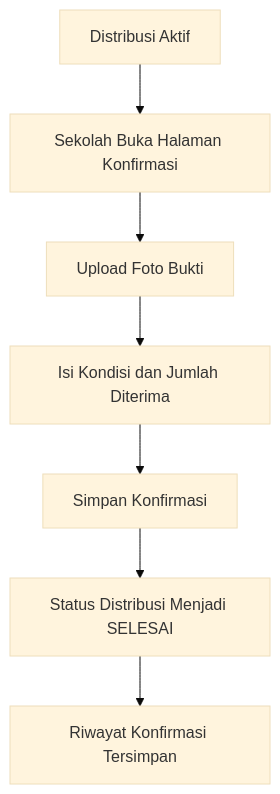
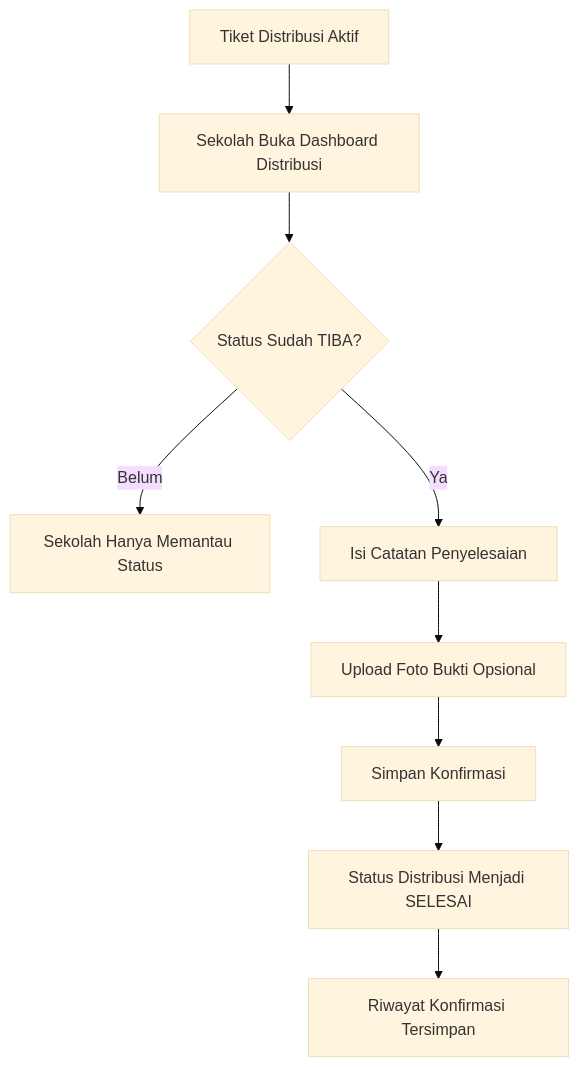
One commit to kaharmc226/Admin-MasBahlilGanteng changed the third of 3 diagrams in project-documentation/03-flowmap.md. Above: the diagram before and after it, drawn with Mermaid (base theme). The commit also changed other lines of this file and 8 other files, not shown here.

````diff
--- a/project-documentation/03-flowmap.md
+++ b/project-documentation/03-flowmap.md
@@ -44,9 +45,11 @@
 ```mermaid
 flowchart TD
-    A[Distribusi Aktif] --> B[Sekolah Buka Halaman Konfirmasi]
-    B --> C[Upload Foto Bukti]
-    C --> D[Isi Kondisi dan Jumlah Diterima]
-    D --> E[Simpan Konfirmasi]
-    E --> F[Status Distribusi Menjadi SELESAI]
-    F --> G[Riwayat Konfirmasi Tersimpan]
+    A[Tiket Distribusi Aktif] --> B[Sekolah Buka Dashboard Distribusi]
+    B --> C{Status Sudah TIBA?}
+    C -->|Belum| D[Sekolah Hanya Memantau Status]
+    C -->|Ya| E[Isi Catatan Penyelesaian]
+    E --> F[Upload Foto Bukti Opsional]
+    F --> G[Simpan Konfirmasi]
+    G --> H[Status Distribusi Menjadi SELESAI]
+    H --> I[Riwayat Konfirmasi Tersimpan]
 ```
````
